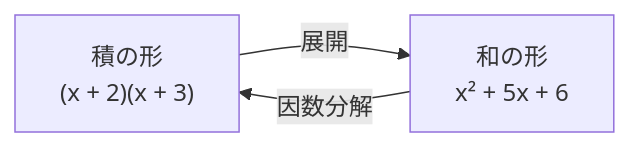
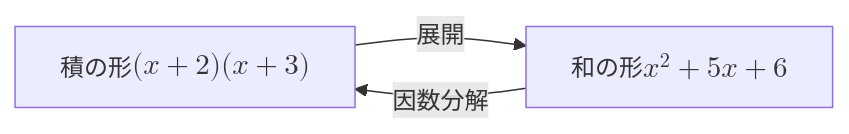
One commit to seijikohara/physics-roadmap changed the diagram in src/content/docs/math/algebra/factorization.mdx. Above: the diagram before and after it, drawn with Mermaid. The commit also changed other lines of this file and 19 other files, not shown here.

````diff
--- a/src/content/docs/math/algebra/factorization.mdx
+++ b/src/content/docs/math/algebra/factorization.mdx
@@ -37,7 +37,7 @@
 ```mermaid
 flowchart LR
-  P["積の形<br/>(x + 2)(x + 3)"]
-  S["和の形<br/>x² + 5x + 6"]
+  P["積の形<br/>$$(x + 2)(x + 3)$$"]
+  S["和の形<br/>$$x^2 + 5x + 6$$"]
   P -- "展開" --> S
   S -- "因数分解" --> P
 ```
````
